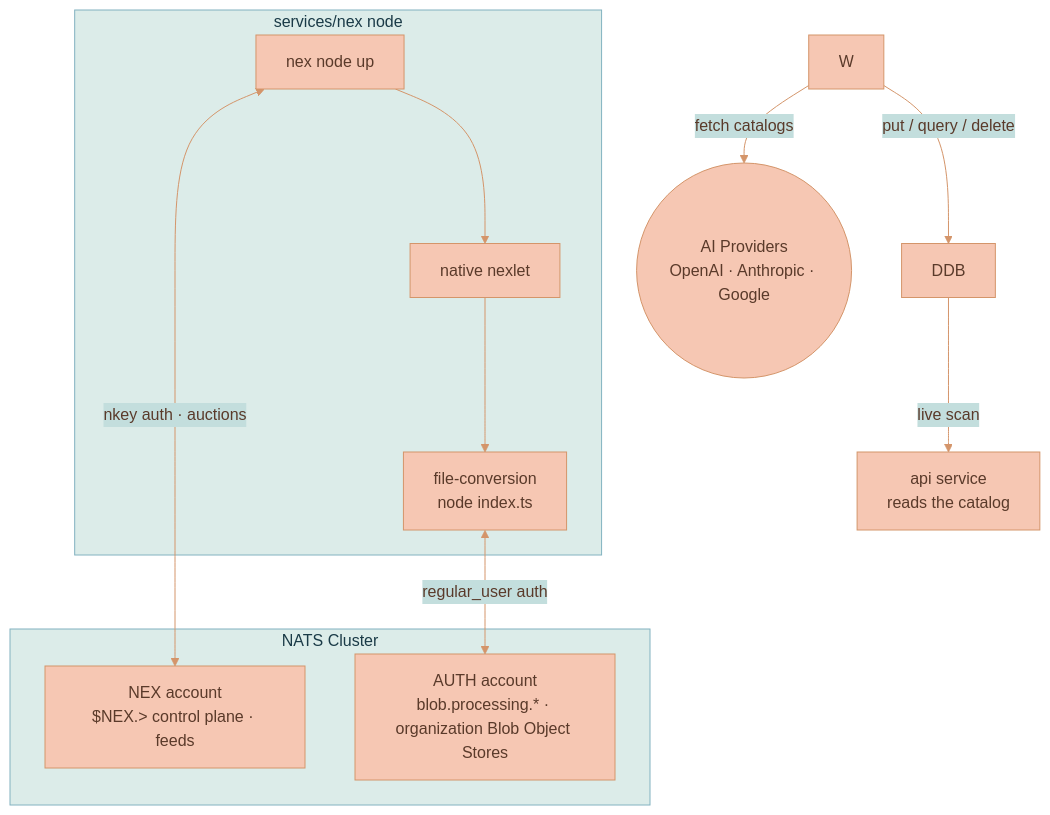
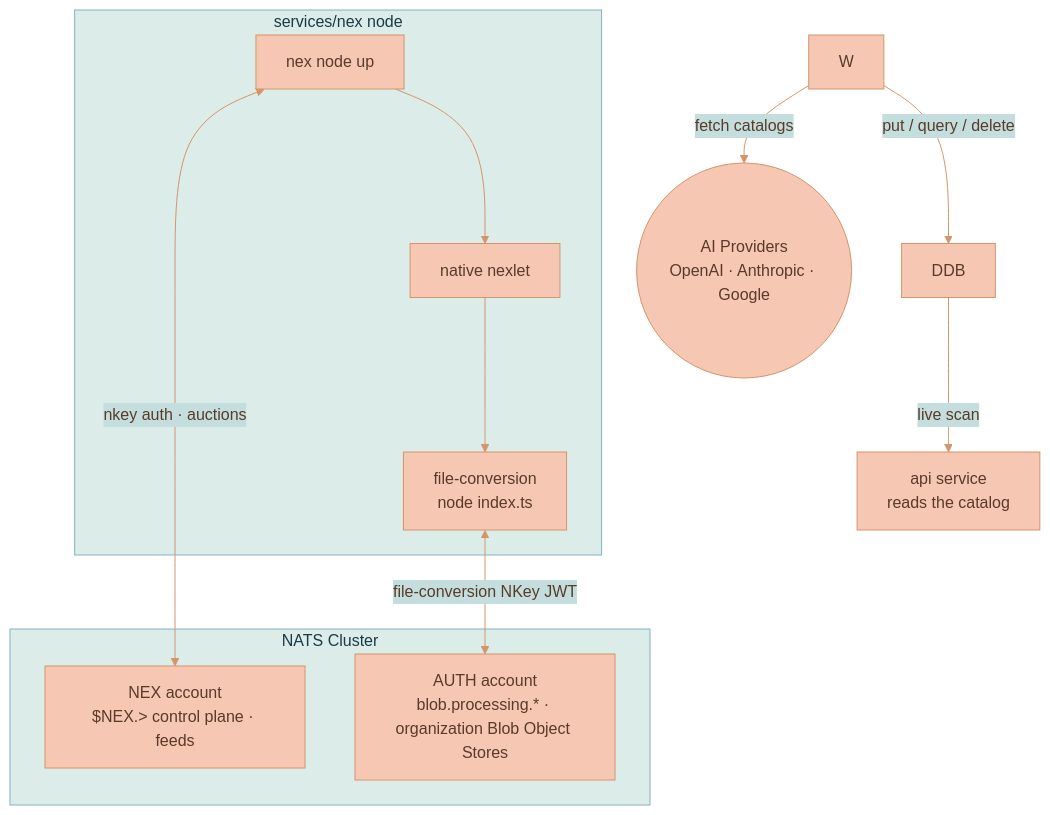
The diagram in documentation/platform/deployment/NEX-EXECUTION-ENGINE.md (Lixpi/lixpi), drawn with Mermaid before and after one commit. The commit also changed other lines of this file and 251 other files, not shown here.

````diff
--- a/documentation/platform/deployment/NEX-EXECUTION-ENGINE.md
+++ b/documentation/platform/deployment/NEX-EXECUTION-ENGINE.md
@@ -21,23 +21,23 @@
 ```mermaid
 %%{init: {'theme': 'base', 'themeVariables': { 'primaryColor': '#F6C7B3', 'primaryTextColor': '#5a3a2a', 'primaryBorderColor': '#d4956a', 'secondaryColor': '#C3DEDD', 'secondaryTextColor': '#1a3a47', 'secondaryBorderColor': '#4a8a9d', 'tertiaryColor': '#DCECE9', 'tertiaryTextColor': '#1a3a47', 'tertiaryBorderColor': '#82B2C0', 'lineColor': '#d4956a', 'textColor': '#5a3a2a'}}}%%
 graph TB
     subgraph Cluster["NATS Cluster"]
         NEXBUS["NEX account<br/>$NEX.> control plane · feeds"]
         AUTHBUS["AUTH account<br/>blob.processing.* · organization Blob Object Stores"]
     end
     subgraph Node["services/nex node"]
         N["nex node up"]
         NX["native nexlet"]
         F["file-conversion<br/>node index.ts"]
         N --> NX
         NX --> F
     end
     Providers(("AI Providers<br/>OpenAI · Anthropic · Google"))
     API["api service<br/>reads the catalog"]
 
     N <-->|"nkey auth · auctions"| NEXBUS
     W -->|fetch catalogs| Providers
     W -->|put / query / delete| DDB
-    F <-->|regular_user auth| AUTHBUS
+    F <-->|file-conversion NKey JWT| AUTHBUS
     DDB -->|live scan| API
 ```
````
